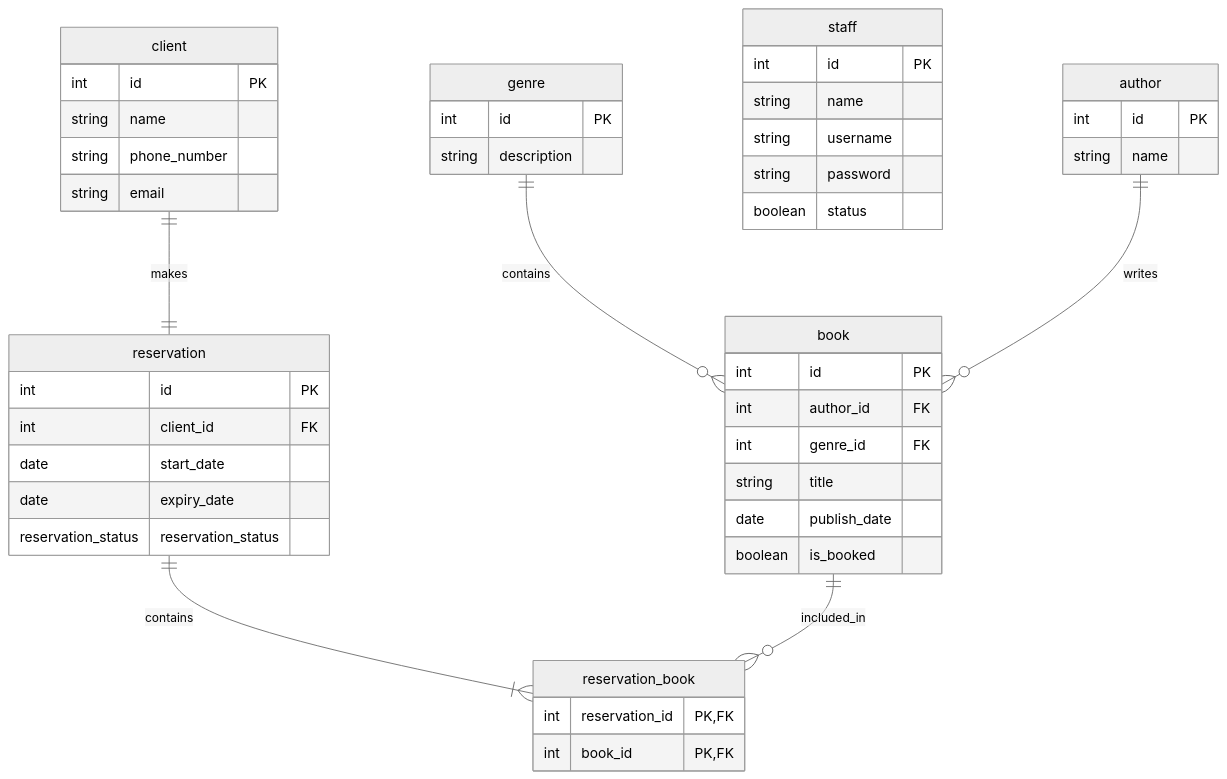
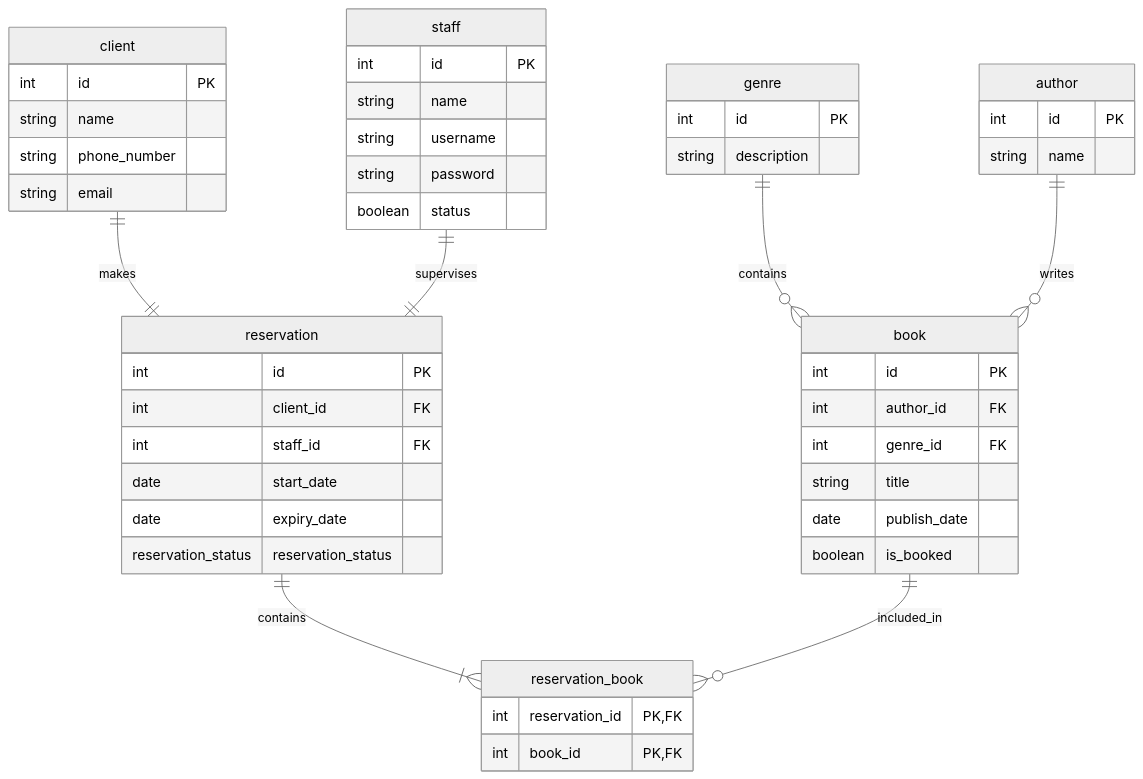
Before and after one commit to jd-salcedo-s/onboarding-exercise: the diagram in bd_model.md, drawn with Mermaid (neutral theme). The commit also changed other lines of this file, not shown here.

Commit message:
db model approved

````diff
--- a/bd_model.md
+++ b/bd_model.md
@@ -49,49 +50,51 @@
 ```mermaid
 erDiagram
     genre {
         int id PK
         string description
     }
     author {
         int id PK
         string name
     }
     book {
         int id PK
         int author_id FK
         int genre_id FK
         string title
         date publish_date
         boolean is_booked
     }
     staff {
         int id PK
         string name
         string username
         string password
         boolean status
     }
     client {
         int id PK
         string name
         string phone_number
         string email
     }
     reservation {
         int id PK
         int client_id FK
+        int staff_id FK
         date start_date
         date expiry_date
         reservation_status reservation_status
     }
     reservation_book {
         int reservation_id PK, FK
         int book_id PK, FK
     }
     genre ||--o{ book : contains
     author ||--o{ book : writes
     client ||--|| reservation : makes
+    staff ||--|| reservation : supervises
     reservation ||--|{ reservation_book : contains
     book ||--o{ reservation_book : included_in
  
 ```
````
